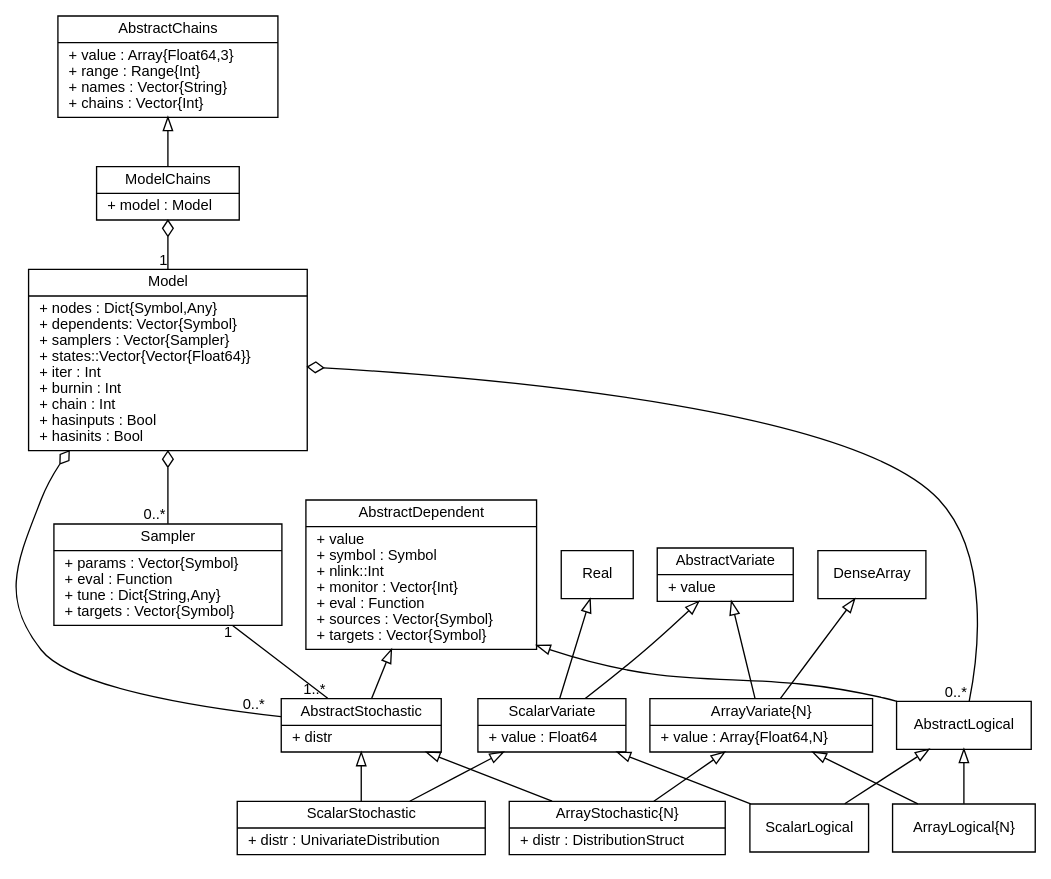
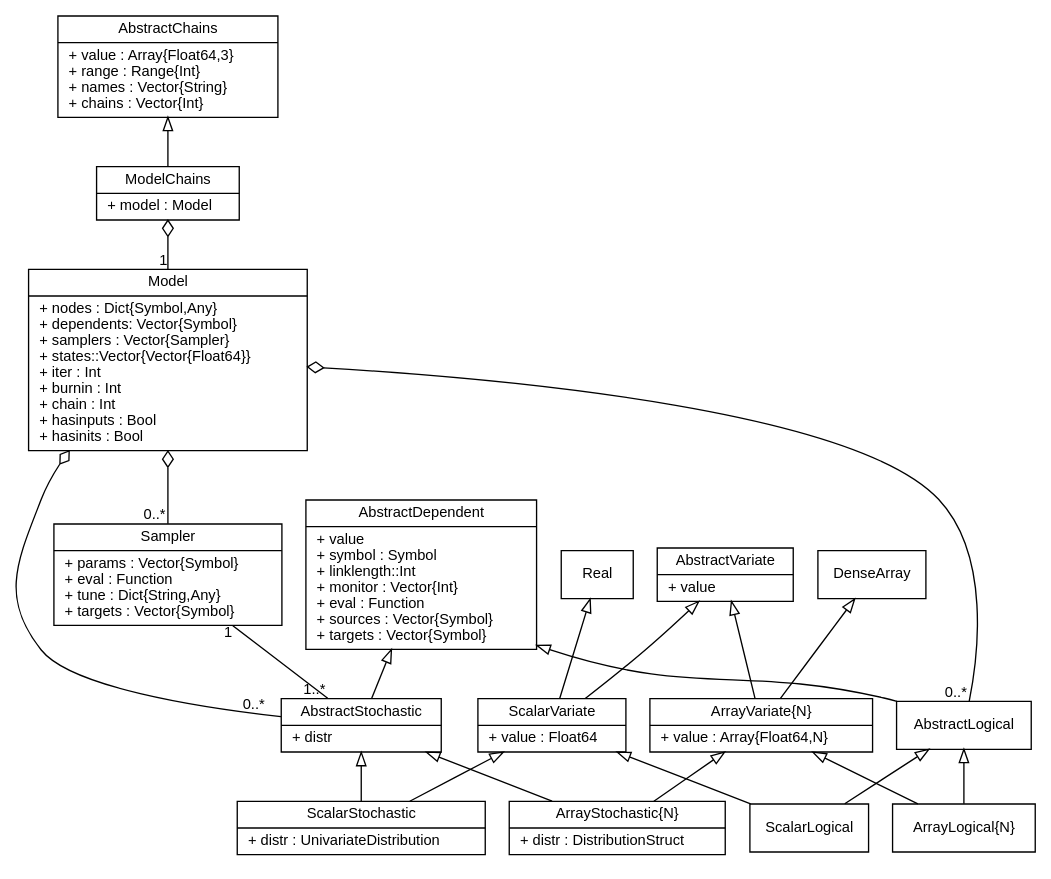
The diagram in doc/images/mcmcUML.dot (brian-j-smith/Mamba.jl), drawn with Graphviz before and after one commit. The commit also changed 5 other files, not shown here.

Commit message:
Rename Dependent field nlink to linklength.

```diff
--- a/doc/images/mcmcUML.dot
+++ b/doc/images/mcmcUML.dot
@@ -1,66 +1,66 @@
 graph MCMC {
     fontname = "Helvetica"
     fontsize = 11
     splines = true
     overlap = false
 
     node [fontname = "Helvetica", fontsize = 11, shape = record]
 
     edge [fontname = "Helvetica", fontsize = 11, dir = both, arrowtail = none, arrowhead = none]
 
     Real [label = "{Real}", pos="315,610"]
 
     DenseArray [label = "{DenseArray}", pos="324,570"]
 
-    AbstractDependent [label = "{AbstractDependent|+ value\l+ symbol : Symbol\l+ nlink::Int\l+ monitor : Vector\{Int\}\l+ eval : Function\l+ sources : Vector\{Symbol\}\l+ targets : Vector\{Symbol\}\l}", pos="275,425"]
+    AbstractDependent [label = "{AbstractDependent|+ value\l+ symbol : Symbol\l+ linklength::Int\l+ monitor : Vector\{Int\}\l+ eval : Function\l+ sources : Vector\{Symbol\}\l+ targets : Vector\{Symbol\}\l}", pos="275,425"]
 
     AbstractLogical [label = "{AbstractLogical}", pos="75,425"]
 
     AbstractStochastic [label = "{AbstractStochastic|+ distr\l}", pos="495,425"]
 
     AbstractVariate [label = "{AbstractVariate|+ value\l}", pos="230,590"]
 
     ArrayLogical [label = "{ArrayLogical\{N\}}", pos="125,515"]
 
     ArrayStochastic [label = "{ArrayStochastic\{N\}|+ distr : DistributionStruct\l}", pos="425,515"]
 
     ArrayVariate [label = "{ArrayVariate\{N\}|+ value : Array\{Float64,N\}\l}", pos="275,515"]
 
     ScalarLogical [label = "{ScalarLogical}", pos="25,515"]
 
     ScalarStochastic [label = "{ScalarStochastic|+ distr : UnivariateDistribution\l}", pos="575,515"]
 
     ScalarVariate [label = "{ScalarVariate|+ value : Float64\l}", pos="275,665"]
 
     Model [label = "{Model|+ nodes : Dict\{Symbol,Any\}\l+ dependents: Vector\{Symbol\}\l+ samplers : Vector\{Sampler\}\l+ states::Vector\{Vector\{Float64\}\}\l+ iter : Int\l+ burnin : Int\l+ chain : Int\l+ hasinputs : Bool\l+ hasinits : Bool\l}", pos="275,290"]
 
     Sampler [label = "{Sampler|+ params : Vector\{Symbol\}\l+ eval : Function\l+ tune : Dict\{String,Any\}\l+ targets : Vector\{Symbol\}\l}", pos="495,290"]
 
     AbstractChains  [label = "{AbstractChains|+ value : Array\{Float64,3\}\l+ range : Range\{Int\}\l+ names : Vector\{String\}\l+ chains : Vector\{Int\}\l}", pos="75,330"]
 
     ModelChains [label = "{ModelChains|+ model : Model\l}", pos="75,250"]
 
     Real -- ScalarVariate [arrowtail = empty]
     DenseArray -- ArrayVariate [arrowtail = empty]
 
     AbstractChains -- ModelChains [arrowtail = empty]
     AbstractDependent -- AbstractLogical [arrowtail = empty]
     AbstractDependent -- AbstractStochastic [arrowtail = empty]
     AbstractLogical -- ArrayLogical [arrowtail = empty]
     AbstractLogical -- ScalarLogical [arrowtail = empty]
     AbstractStochastic -- ArrayStochastic [arrowtail = empty]
     AbstractStochastic -- ScalarStochastic [arrowtail = empty]
     AbstractVariate -- ArrayVariate [arrowtail = empty]
     AbstractVariate -- ScalarVariate [arrowtail = empty]
     ArrayVariate -- ArrayLogical [arrowtail = empty]
     ArrayVariate -- ArrayStochastic [arrowtail = empty]
     ScalarVariate -- ScalarLogical [arrowtail = empty]
     ScalarVariate -- ScalarStochastic [arrowtail = empty]
 
     Sampler -- AbstractStochastic [taillabel = "1", headlabel = "1..*"]
     Model -- Sampler [arrowtail = odiamond, headlabel = "0..*"]
     Model -- AbstractLogical [arrowtail = odiamond, headlabel = "0..*"]
     Model -- AbstractStochastic [arrowtail = odiamond, headlabel = "0..*", labeldistance = 2.2, labelangle = -15]
     ModelChains -- Model [arrowtail = odiamond, headlabel = "1"]
 
 }
```
